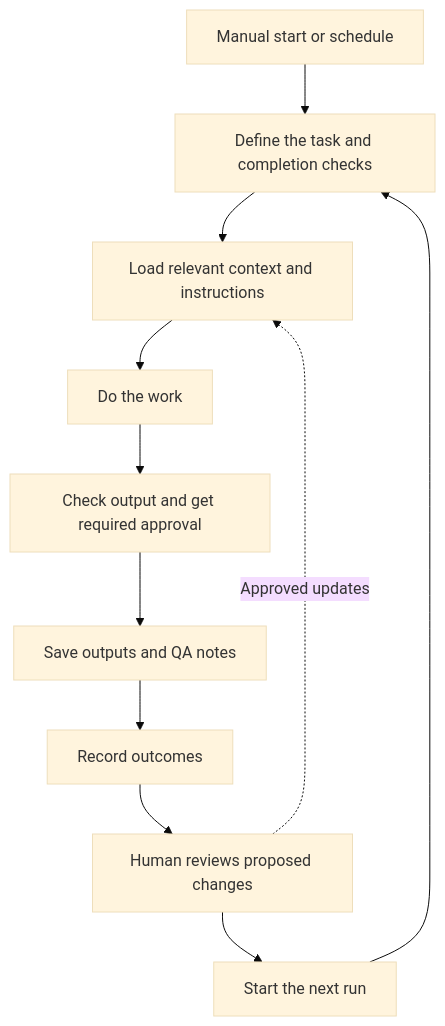
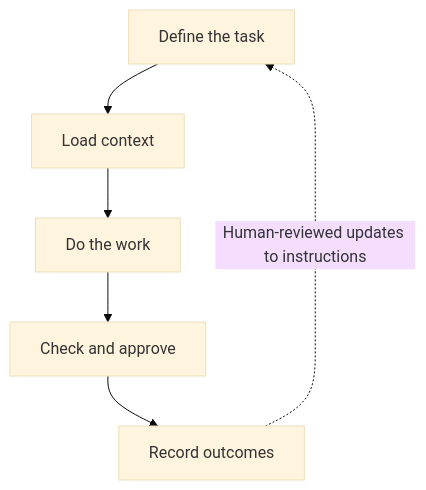
One commit to JamesonCodes/project-showcase changed the diagram in docs/repository-driven-ai-workflows.md. Above: the diagram before and after it, drawn with Mermaid (base theme).

Commit message:
Simplify workflow diagram to five steps

````diff
--- a/docs/repository-driven-ai-workflows.md
+++ b/docs/repository-driven-ai-workflows.md
@@ -15,13 +15,8 @@
 ```mermaid
 flowchart TD
-    Start[Manual start or schedule] --> Task[Define the task and completion checks]
-    Task --> Context[Load relevant context and instructions]
+    Task[Define the task] --> Context[Load context]
     Context --> Work[Do the work]
-    Work --> Review[Check output and get required approval]
-    Review --> Save[Save outputs and QA notes]
-    Save --> Outcomes[Record outcomes]
-    Outcomes --> Changes[Human reviews proposed changes]
-    Changes --> Next[Start the next run]
-    Next --> Task
-    Changes -. Approved updates .-> Context
+    Work --> Review[Check and approve]
+    Review --> Outcomes[Record outcomes]
+    Outcomes -. Human-reviewed updates to instructions .-> Task
 ```
````
